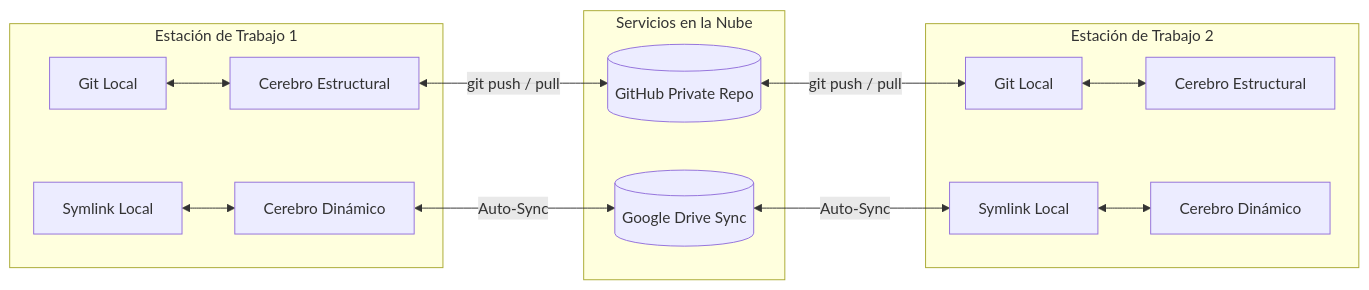
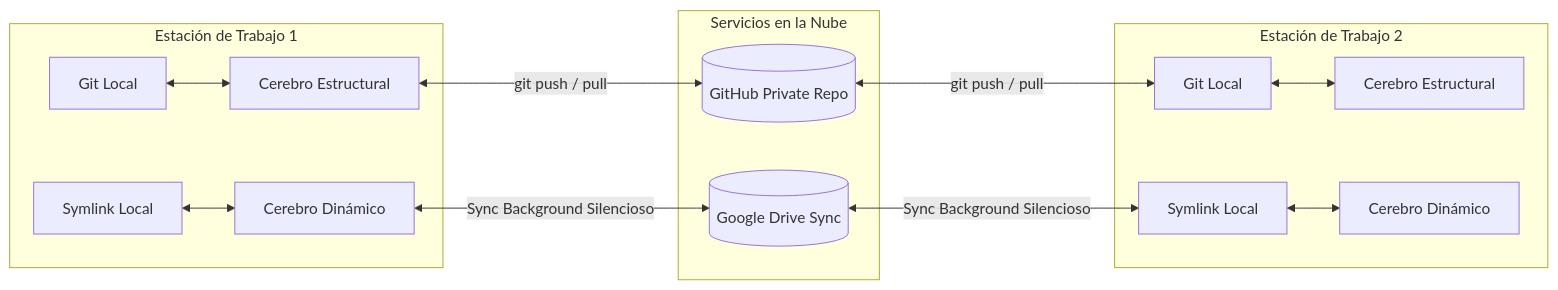
Before and after one commit to MarcoFou/my_antigravity_brain: the diagram in ARCHITECTURE.md, drawn with Mermaid. The commit also changed other lines of this file and 3 other files, not shown here.

````diff
--- a/ARCHITECTURE.md
+++ b/ARCHITECTURE.md
@@ -18,19 +24,19 @@
 ```mermaid
 flowchart LR
     subgraph PC1 [Estación de Trabajo 1]
         A1[Git Local] <--> B1[Cerebro Estructural]
         C1[Symlink Local] <--> D1[Cerebro Dinámico]
     end
 
     subgraph Cloud Services [Servicios en la Nube]
         B1 <-->|git push / pull| GH[(GitHub Private Repo)]
-        D1 <-->|Auto-Sync| GD[(Google Drive Sync)]
+        D1 <-->|Sync Background Silencioso| GD[(Google Drive Sync)]
     end
 
     subgraph PC2 [Estación de Trabajo 2]
         GH <-->|git push / pull| A2[Git Local]
-        GD <-->|Auto-Sync| D2[Symlink Local]
+        GD <-->|Sync Background Silencioso| D2[Symlink Local]
         A2 <--> B2[Cerebro Estructural]
         D2 <--> C2[Cerebro Dinámico]
     end
 ```
````
